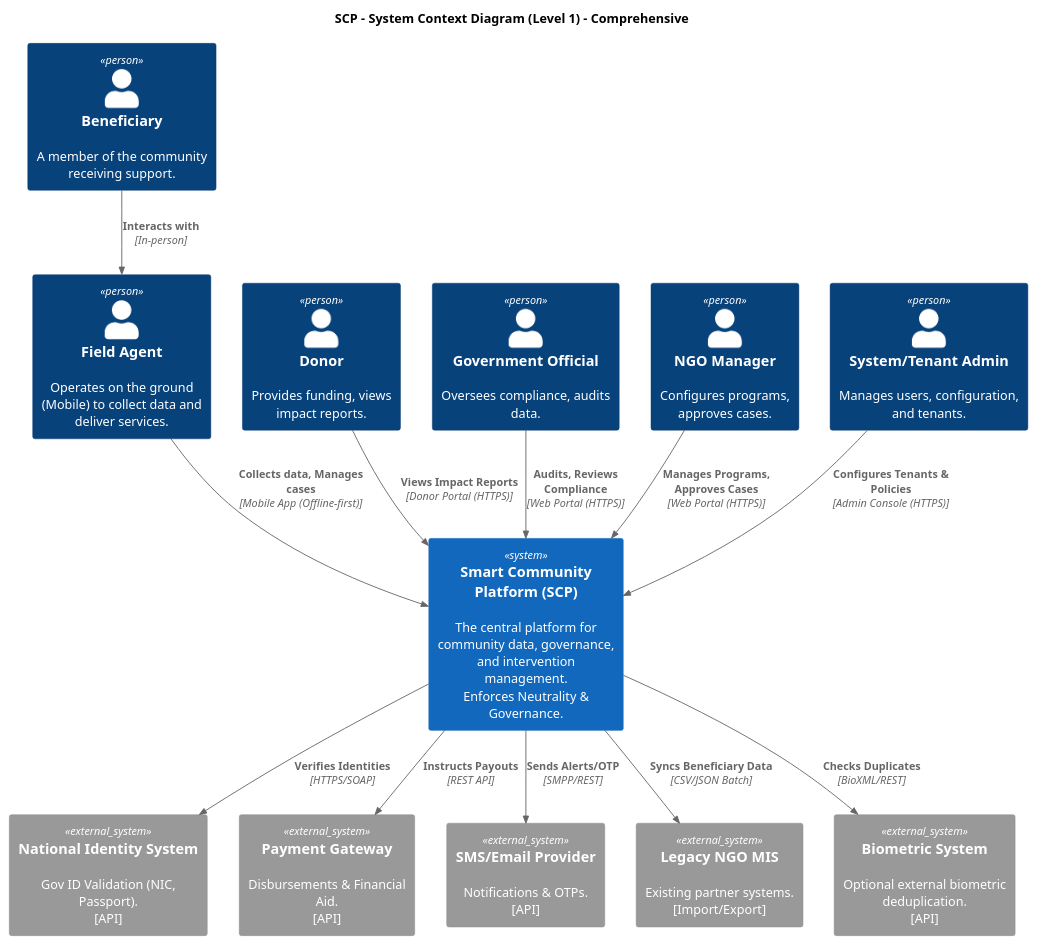
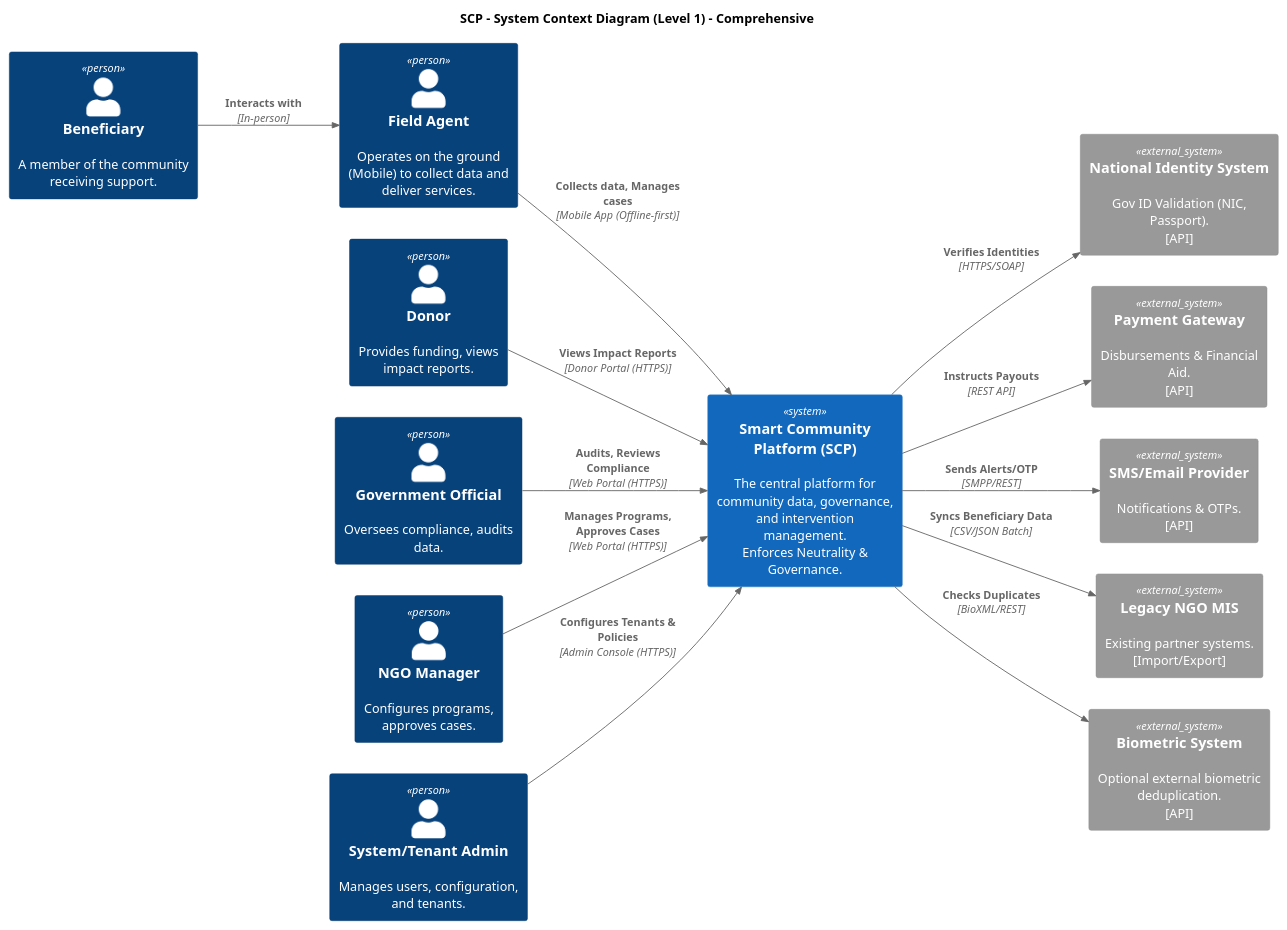
Before and after one commit to nisalatp/scp-spec: the diagram in Docs/Diagrams/01-System-Context.puml, drawn with PlantUML. The commit also changed 189 other files, not shown here.

Commit message:
Updated with UML diagrams

```diff
--- a/Docs/Diagrams/01-System-Context.puml
+++ b/Docs/Diagrams/01-System-Context.puml
@@ -1,39 +1,40 @@
 @startuml
 !include https://raw.githubusercontent.com/plantuml-stdlib/C4-PlantUML/master/C4_Context.puml
 
-TITLE SCP - System Context Diagram (Level 1) - Comprehensive
+title SCP - System Context Diagram (Level 1) - Comprehensive
+left to right direction
 
 ' Actors
 Person(beneficiary, "Beneficiary", "A member of the community receiving support.")
 Person(agent, "Field Agent", "Operates on the ground (Mobile) to collect data and deliver services.")
 Person(donor, "Donor", "Provides funding, views impact reports.")
 Person(gov_official, "Government Official", "Oversees compliance, audits data.")
 Person(ngo_manager, "NGO Manager", "Configures programs, approves cases.")
 Person(sys_admin, "System/Tenant Admin", "Manages users, configuration, and tenants.")
 
 ' System
 System(scp, "Smart Community Platform (SCP)", "The central platform for community data, governance, and intervention management.\nEnforces Neutrality & Governance.")
 
 ' External Systems
 System_Ext(identity_sys, "National Identity System", "Gov ID Validation (NIC, Passport).\n[API]")
 System_Ext(payment_gateway, "Payment Gateway", "Disbursements & Financial Aid.\n[API]")
 System_Ext(sms_gateway, "SMS/Email Provider", "Notifications & OTPs.\n[API]")
 System_Ext(legacy_mis, "Legacy NGO MIS", "Existing partner systems.\n[Import/Export]")
 System_Ext(biometric_sys, "Biometric System", "Optional external biometric deduplication.\n[API]")
 
 ' Relationships - Primary
 Rel(beneficiary, agent, "Interacts with", "In-person")
 Rel(agent, scp, "Collects data, Manages cases", "Mobile App (Offline-first)")
 Rel(ngo_manager, scp, "Manages Programs, Approves Cases", "Web Portal (HTTPS)")
 Rel(gov_official, scp, "Audits, Reviews Compliance", "Web Portal (HTTPS)")
 Rel(donor, scp, "Views Impact Reports", "Donor Portal (HTTPS)")
 Rel(sys_admin, scp, "Configures Tenants & Policies", "Admin Console (HTTPS)")
 
 ' Relationships - Integrations
 Rel(scp, identity_sys, "Verifies Identities", "HTTPS/SOAP")
 Rel(scp, payment_gateway, "Instructs Payouts", "REST API")
 Rel(scp, sms_gateway, "Sends Alerts/OTP", "SMPP/REST")
 Rel(scp, legacy_mis, "Syncs Beneficiary Data", "CSV/JSON Batch")
 Rel(scp, biometric_sys, "Checks Duplicates", "BioXML/REST")
 
 @enduml
```
